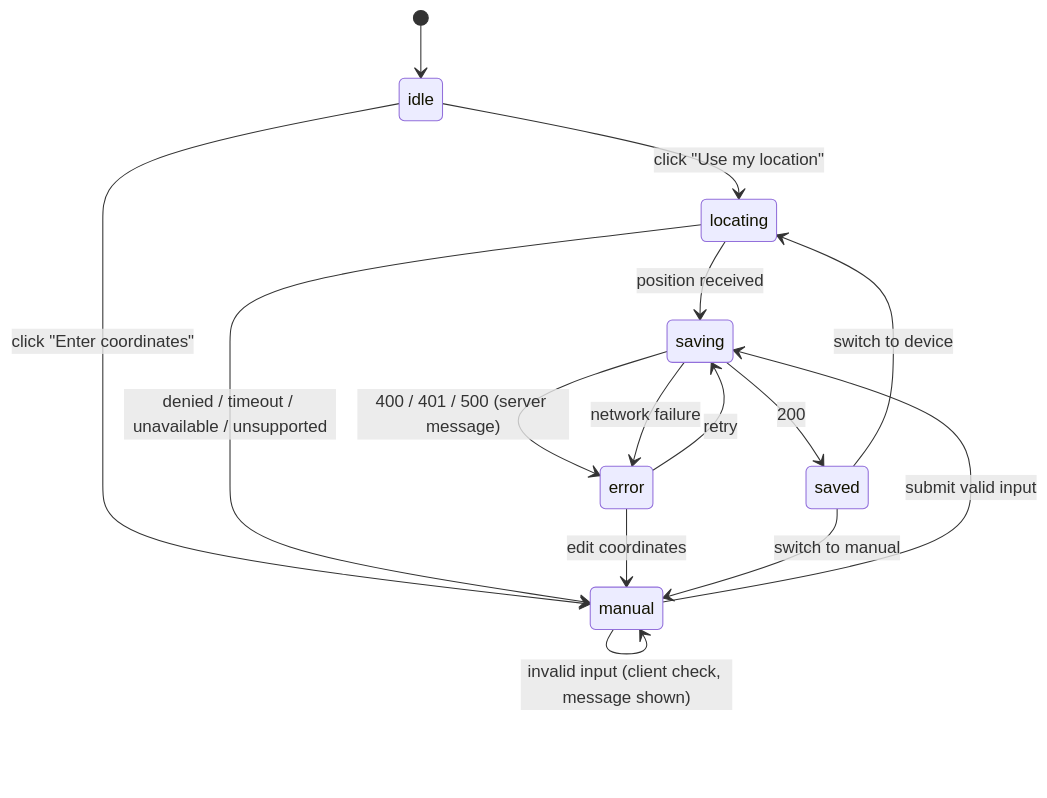
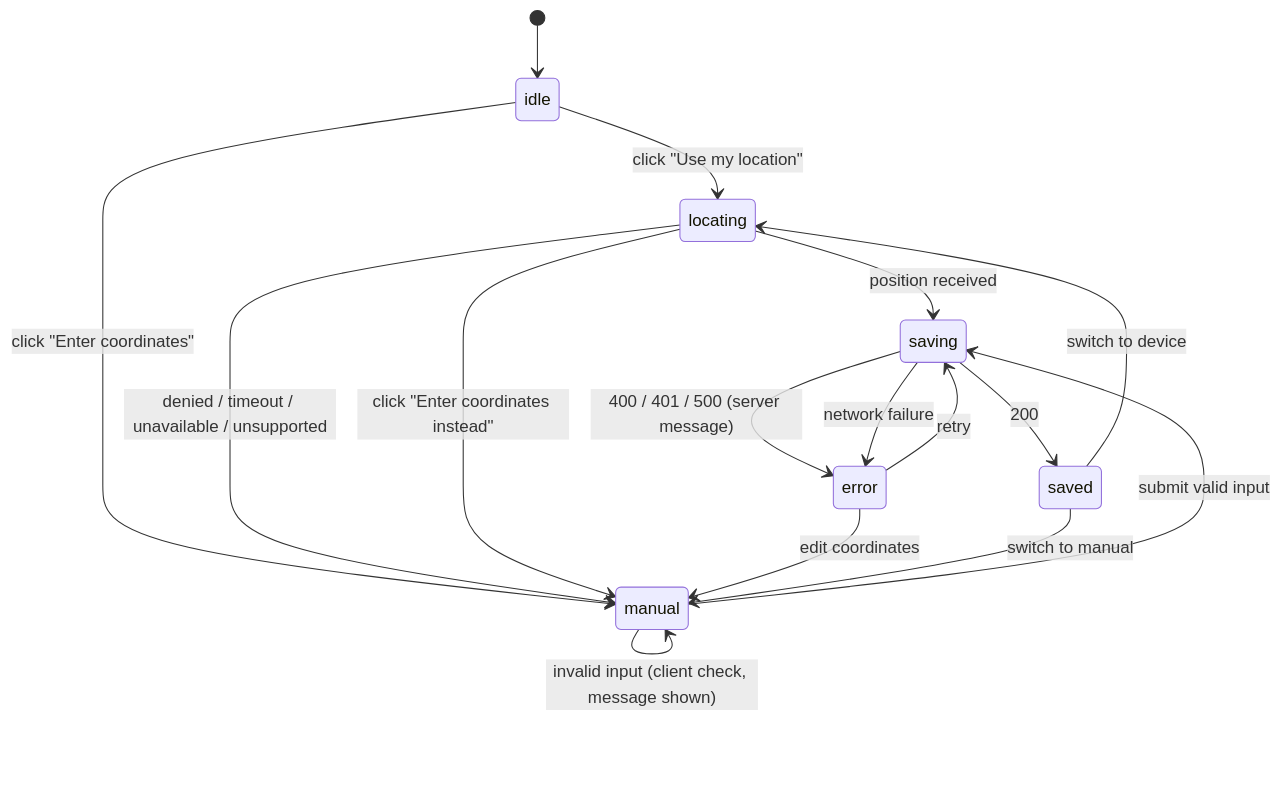
One commit to achalif/team3-safewatch changed the diagram in docs/specs/location/user-location.md. Above: the diagram before and after it, drawn with Mermaid. The commit also changed other lines of this file and 8 other files, not shown here.

````diff
--- a/docs/specs/location/user-location.md
+++ b/docs/specs/location/user-location.md
@@ -71,17 +70,18 @@
 ```mermaid
 stateDiagram-v2
   [*] --> idle
   idle --> locating: click "Use my location"
   idle --> manual: click "Enter coordinates"
   locating --> saving: position received
   locating --> manual: denied / timeout / unavailable / unsupported
+  locating --> manual: click "Enter coordinates instead"
   manual --> manual: invalid input (client check, message shown)
   manual --> saving: submit valid input
   saving --> saved: 200
   saving --> error: 400 / 401 / 500 (server message)
   saving --> error: network failure
   error --> saving: retry
   error --> manual: edit coordinates
   saved --> locating: switch to device
   saved --> manual: switch to manual
 ```
````
